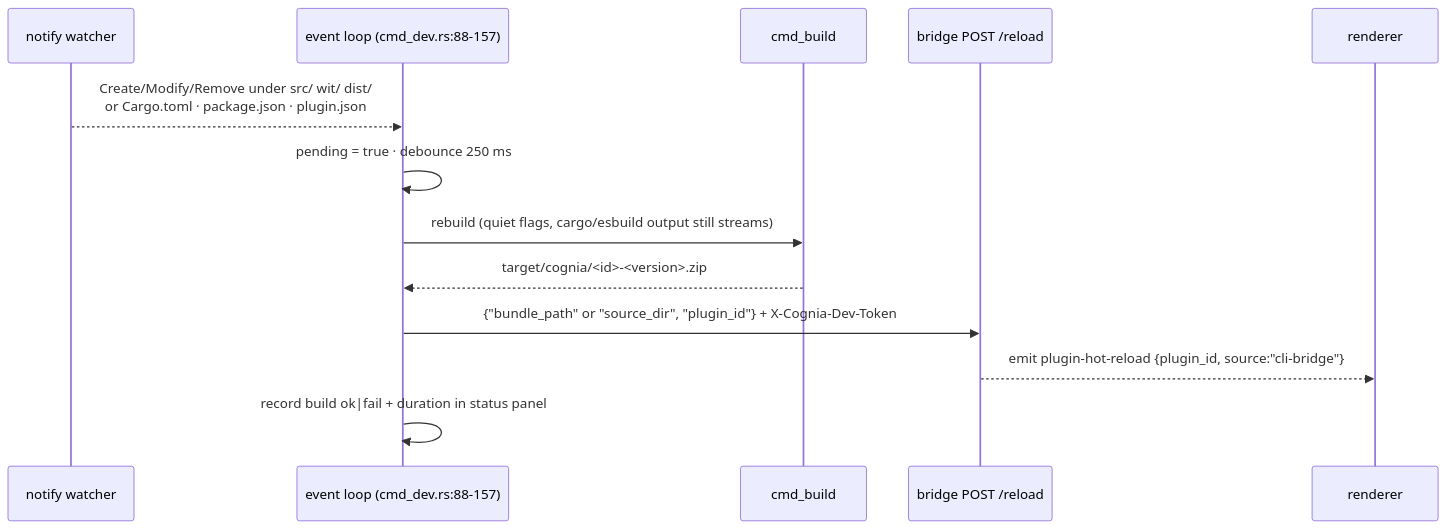
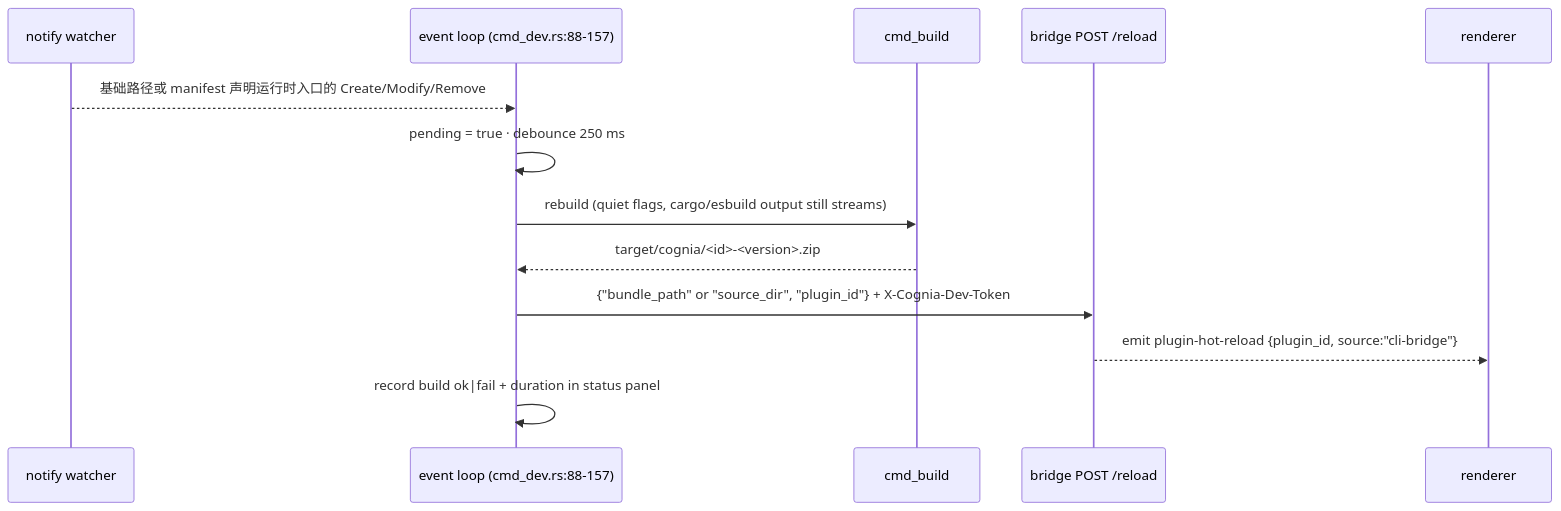
One commit to MaxQian888/cognia-next changed the diagram in docs/content/docs/zh/subsystems/cognia-cli/bridge-client.mdx. Above: the diagram before and after it, drawn with Mermaid. The commit also changed other lines of this file and 38 other files, not shown here.

````diff
--- a/docs/content/docs/zh/subsystems/cognia-cli/bridge-client.mdx
+++ b/docs/content/docs/zh/subsystems/cognia-cli/bridge-client.mdx
@@ -167,16 +230,16 @@
 ```mermaid
 sequenceDiagram
   participant FS as notify watcher
   participant L as event loop (cmd_dev.rs:88-157)
   participant B as cmd_build
   participant X as bridge POST /reload
   participant R as renderer
 
-  FS-->>L: Create/Modify/Remove under src/ wit/ dist/<br/>or Cargo.toml · package.json · plugin.json
+  FS-->>L: 基础路径或 manifest 声明运行时入口的 Create/Modify/Remove
   L->>L: pending = true · debounce 250 ms
   L->>B: rebuild (quiet flags, cargo/esbuild output still streams)
   B-->>L: target/cognia/<id>-<version>.zip
   L->>X: {"bundle_path" or "source_dir", "plugin_id"} + X-Cognia-Dev-Token
   X-->>R: emit plugin-hot-reload {plugin_id, source:"cli-bridge"}
   L->>L: record build ok|fail + duration in status panel
 ```
````
